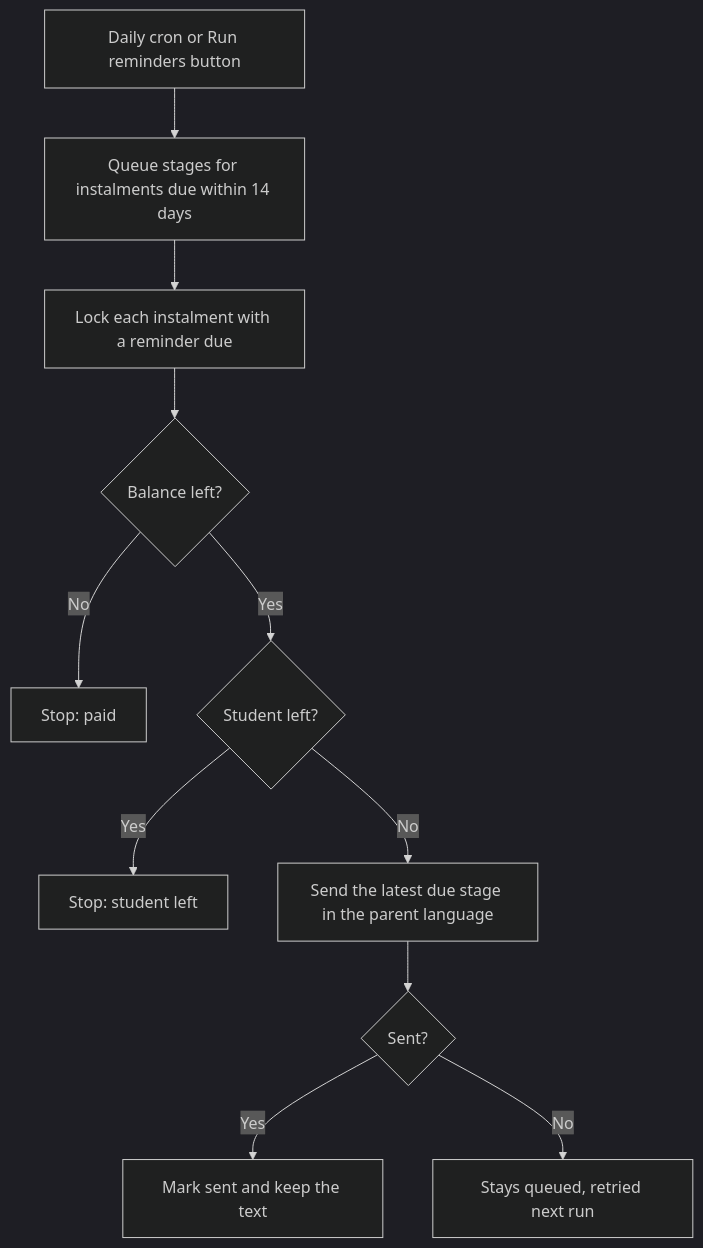
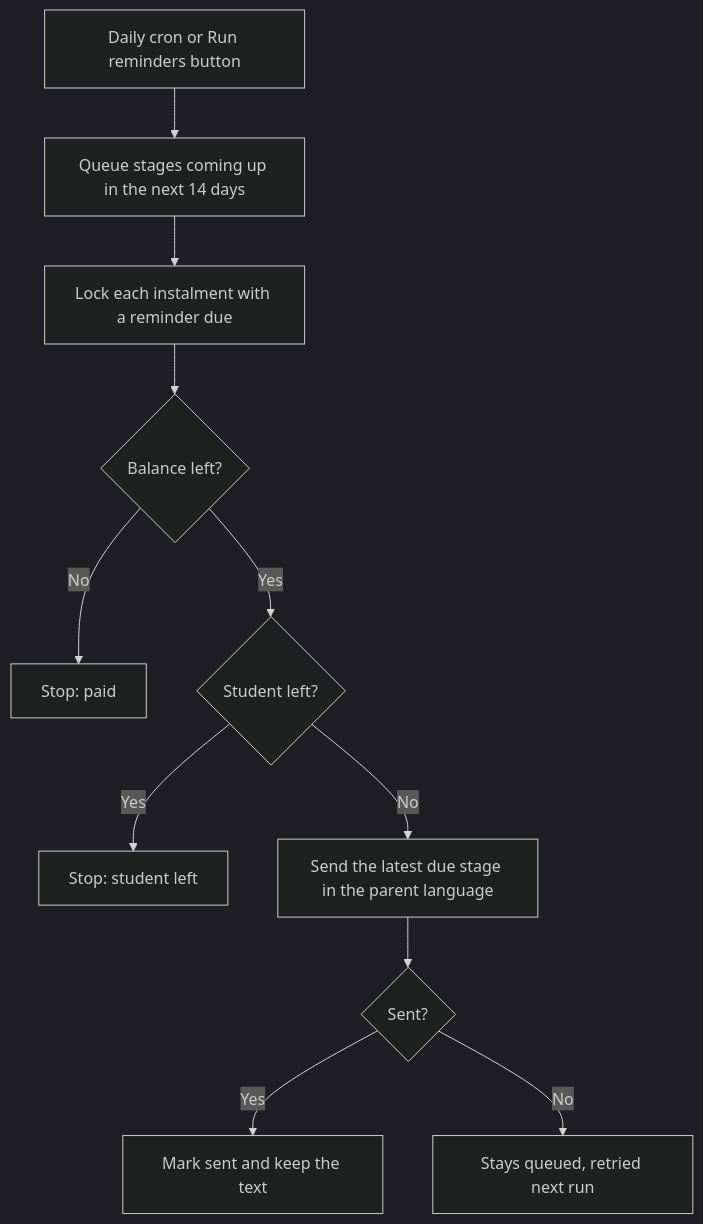
The fourth of 4 diagrams in docs/TDD.md (kavyaaa55/CoachingMoneyTracker), drawn with Mermaid (dark theme) before and after one commit. The commit also changed other lines of this file and 3 other files, not shown here.

````diff
--- a/docs/TDD.md
+++ b/docs/TDD.md
@@ -235,13 +237,13 @@
 ```mermaid
 flowchart TD
-  J[Daily cron or Run reminders button] --> Q[Queue stages for instalments due within 14 days]
+  J[Daily cron or Run reminders button] --> Q[Queue stages coming up in the next 14 days]
   Q --> L[Lock each instalment with a reminder due]
   L --> B{Balance left?}
   B -- No --> S[Stop: paid]
   B -- Yes --> T{Student left?}
   T -- Yes --> X[Stop: student left]
   T -- No --> D[Send the latest due stage in the parent language]
   D --> R{Sent?}
   R -- Yes --> M[Mark sent and keep the text]
   R -- No --> K[Stays queued, retried next run]
 ```
````
